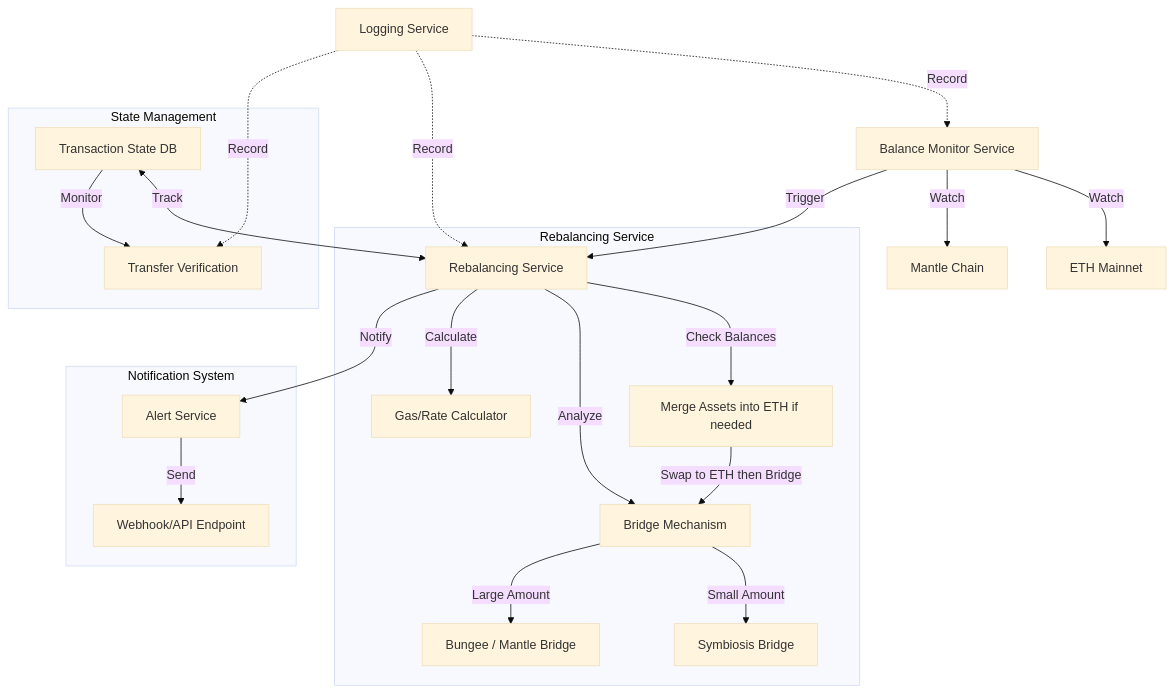
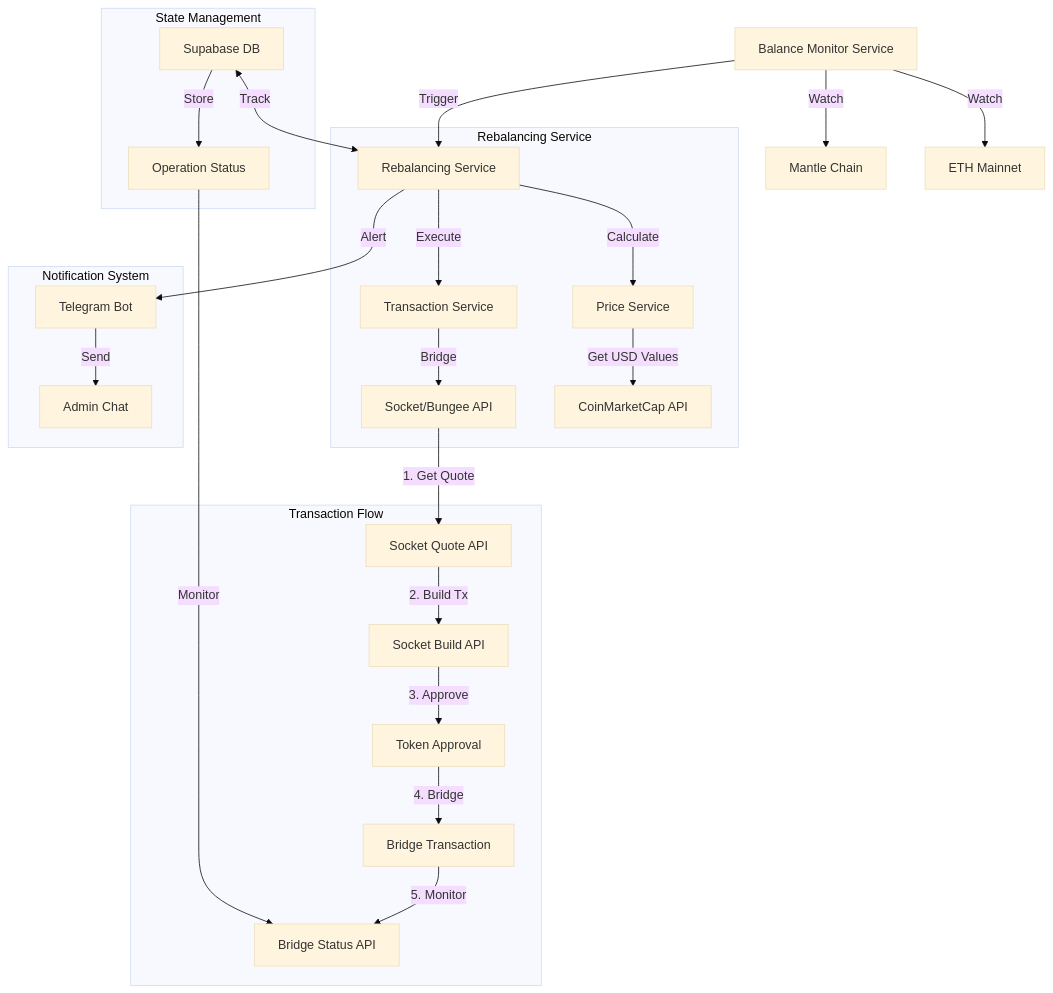
The diagram in README.md (AmanRaj1608/rebalancer-service), drawn with Mermaid (base theme) before and after one commit. The commit also changed other lines of this file and 5 other files, not shown here.

````diff
--- a/README.md
+++ b/README.md
@@ -6,29 +5,32 @@
 ```mermaid
 flowchart TD
     A[Balance Monitor Service] -->|Watch| B[ETH Mainnet]
     A -->|Watch| C[Mantle Chain]
     A -->|Trigger| D[Rebalancing Service]
 
     subgraph Rebalancing Service
-        D -->|Check Balances| X[Merge Assets into ETH if needed]
-        D -->|Analyze| E[Bridge Mechanism]
-        E -->|Small Amount| F[Symbiosis Bridge]
-        E -->|Large Amount| G[Bungee / Mantle Bridge]
-        X -->|Swap to ETH then Bridge| E
-        D -->|Calculate| H[Gas/Rate Calculator]
+        D -->|Calculate| E[Price Service]
+        E -->|Get USD Values| F[CoinMarketCap API]
+        D -->|Execute| G[Transaction Service]
+        G -->|Bridge| H[Socket/Bungee API]
+    end
+
+    subgraph Transaction Flow
+        H -->|1. Get Quote| I[Socket Quote API]
+        I -->|2. Build Tx| J[Socket Build API]
+        J -->|3. Approve| K[Token Approval]
+        K -->|4. Bridge| L[Bridge Transaction]
+        L -->|5. Monitor| M[Bridge Status API]
+    end
+
+    subgraph State Management
+        N[Supabase DB] <-->|Track| D
+        N -->|Store| O[Operation Status]
+        O -->|Monitor| M
     end
 
     subgraph Notification System
-        D -->|Notify| I[Alert Service]
-        I -->|Send| J[Webhook/API Endpoint]
+        D -->|Alert| P[Telegram Bot]
+        P -->|Send| Q[Admin Chat]
     end
-
-    subgraph State Management
-        K[Transaction State DB] <-->|Track| D
-        K -->|Monitor| L[Transfer Verification]
-    end
-
-    M[Logging Service] -.->|Record| A
-    M -.->|Record| D
-    M -.->|Record| L
 ```
````
